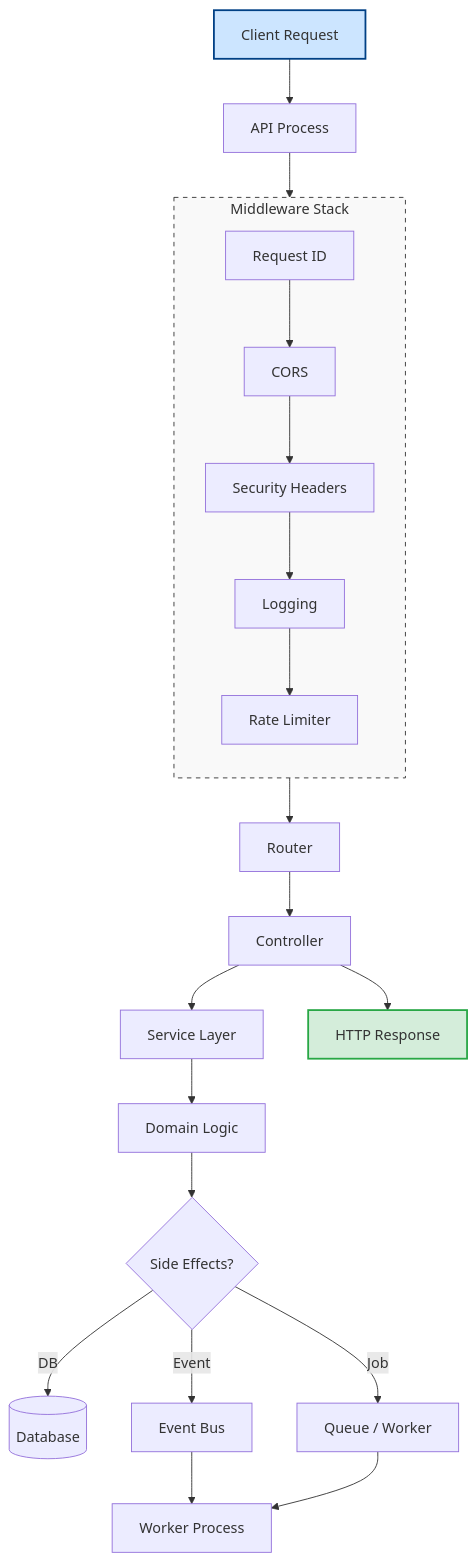
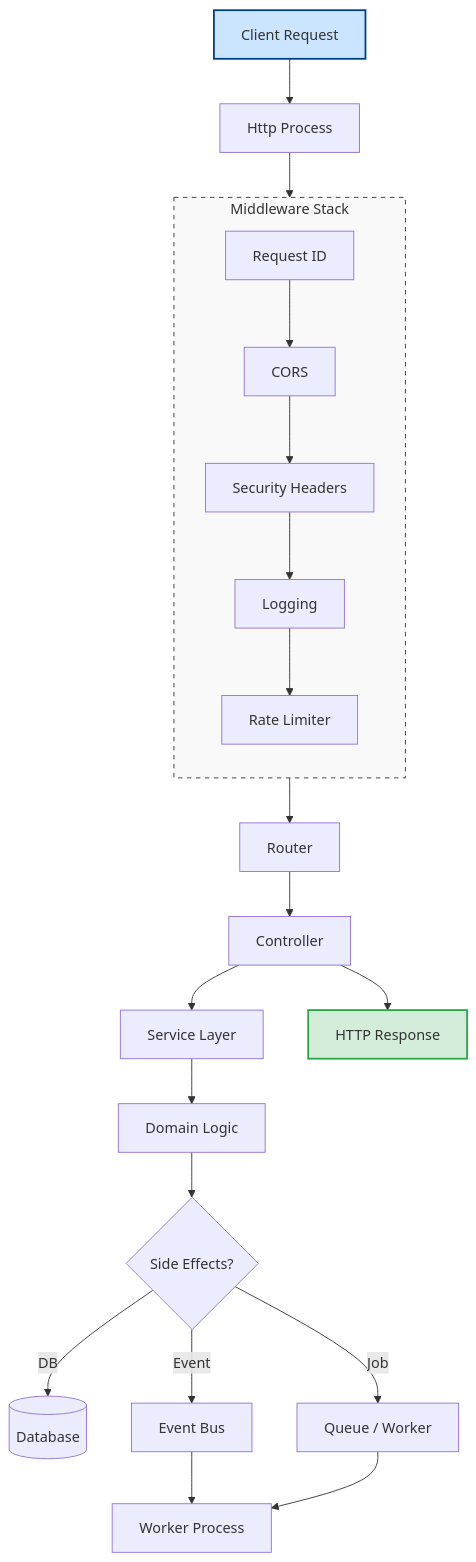
Before and after one commit to khapu2906/jet: the first of 3 diagrams in docs/deeper/architecture.md, drawn with Mermaid. The commit also changed other lines of this file and 48 other files, not shown here.

````diff
--- a/docs/deeper/architecture.md
+++ b/docs/deeper/architecture.md
@@ -78,37 +78,37 @@
 ```mermaid
 flowchart TD
     %% Nodes Definition
-    A[Client Request] --> B[API Process]
+    A[Client Request] --> B[Http Process]
     B --> C
 
     %% Middleware Subgraph
     subgraph C[Middleware Stack]
         direction TB
         C1[Request ID] --> C2[CORS]
         C2 --> C3[Security Headers]
         C3 --> C4[Logging]
         C4 --> C5[Rate Limiter]
     end
 
     C5 --> D[Router]
     D --> E[Controller]
     E --> F[Service Layer]
     F --> G[Domain Logic]
 
     %% Business & Side Effects
     G --> H{Side Effects?}
     H -->|DB| I[(Database)]
     H -->|Event| J[Event Bus]
     H -->|Job| K[Queue / Worker]
 
     J --> L[Worker Process]
     K --> L
 
     %% Response Flow
     E --> M[HTTP Response]
 
     %% Styling
     style C fill:#f9f9f9,stroke:#333,stroke-width:1px,stroke-dasharray: 5 5
     style M fill:#d4edda,stroke:#28a745,stroke-width:2px
     style A fill:#cce5ff,stroke:#004085,stroke-width:2px
 ```
````
